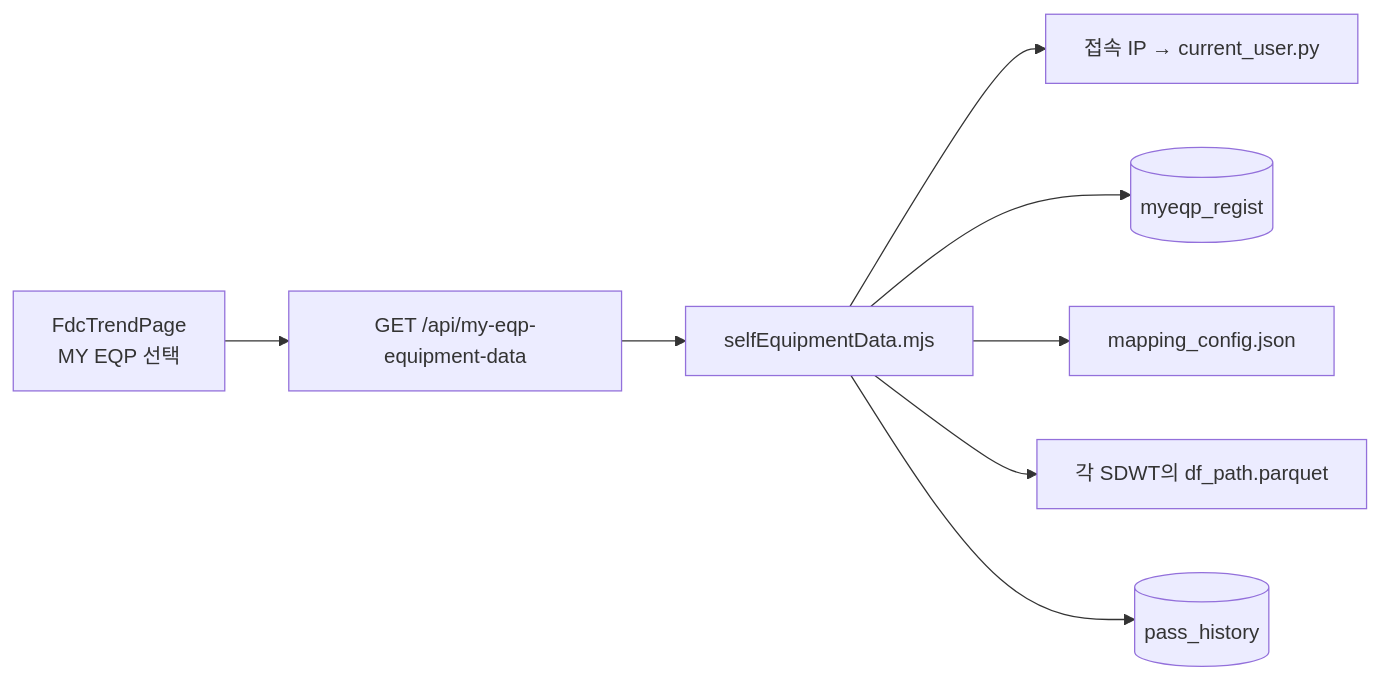
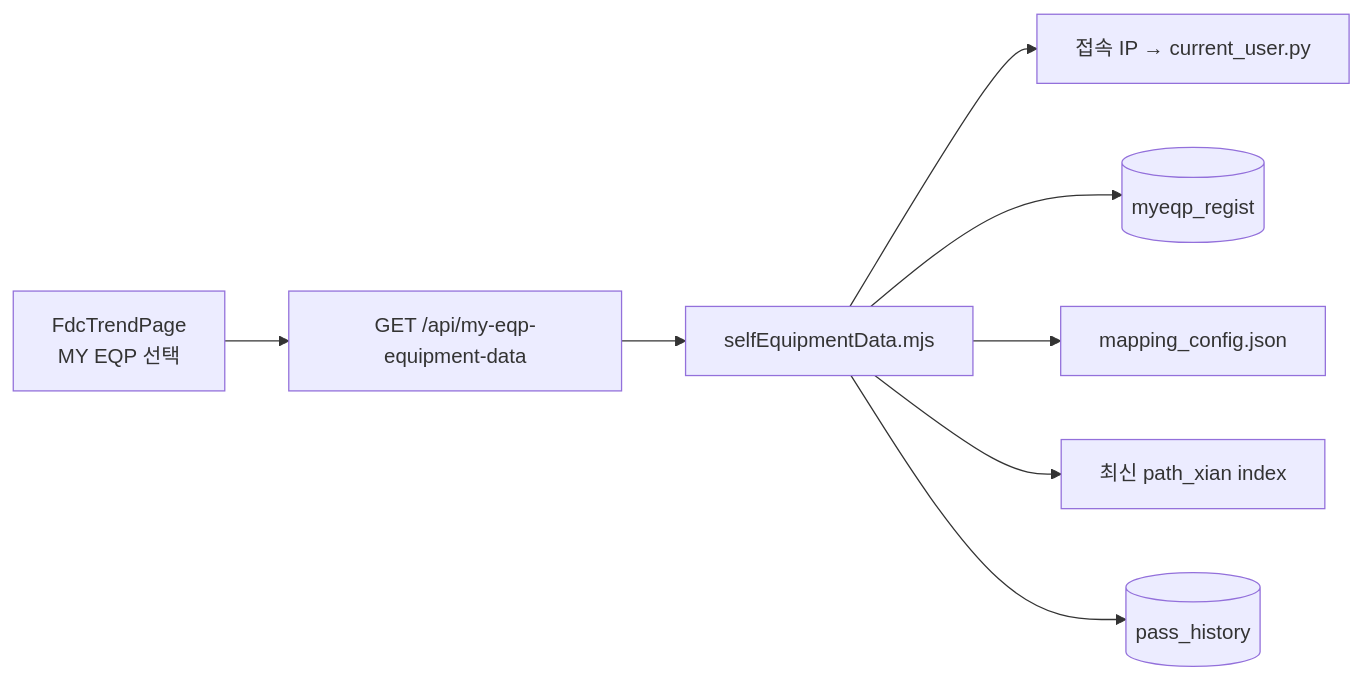
One commit to mlbarod/l0_spider_scs changed the sixth of 12 diagrams in web_structure.md. Above: the diagram before and after it, drawn with Mermaid. The commit also changed other lines of this file and 30 other files, not shown here.

````diff
--- a/web_structure.md
+++ b/web_structure.md
@@ -326,18 +334,18 @@
 ```mermaid
 flowchart LR
     PAGE["FdcTrendPage<br/>MY EQP 선택"]
     API["GET /api/my-eqp-equipment-data"]
     NODE["selfEquipmentData.mjs"]
     IP["접속 IP → current_user.py"]
     REG[("myeqp_regist")]
     MAP["mapping_config.json"]
-    PATHS["각 SDWT의 df_path.parquet"]
+    PATHS["최신 path_xian index"]
     SKIP[("pass_history")]
 
     PAGE --> API --> NODE
     NODE --> IP
     NODE --> REG
     NODE --> MAP
     NODE --> PATHS
     NODE --> SKIP
 ```
````
